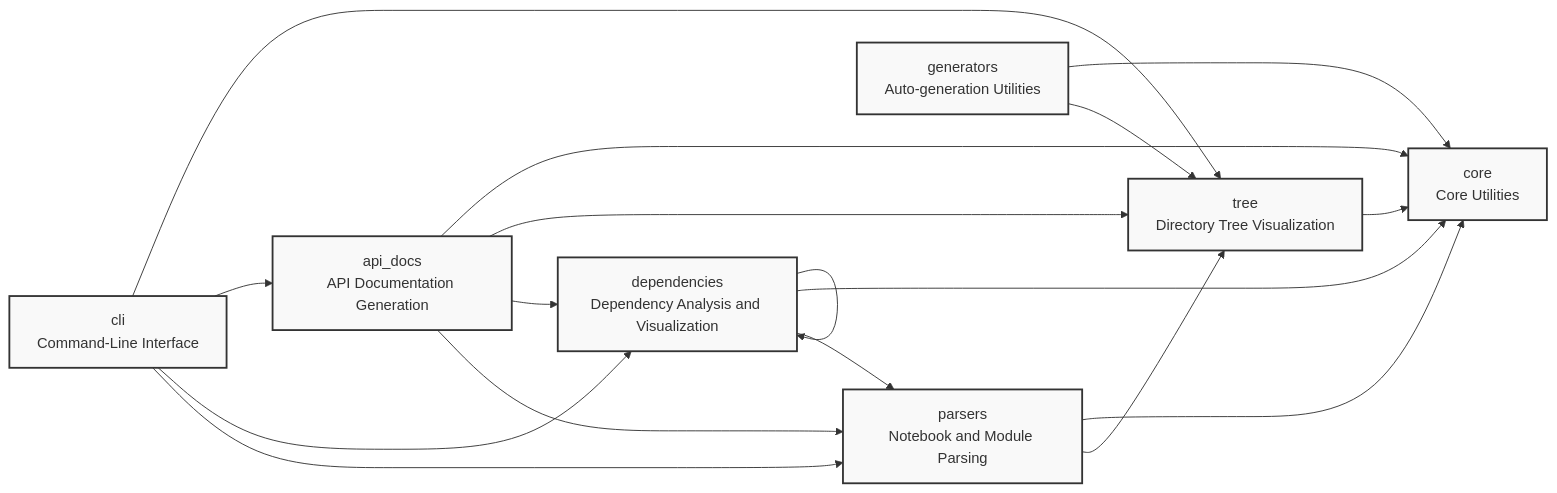
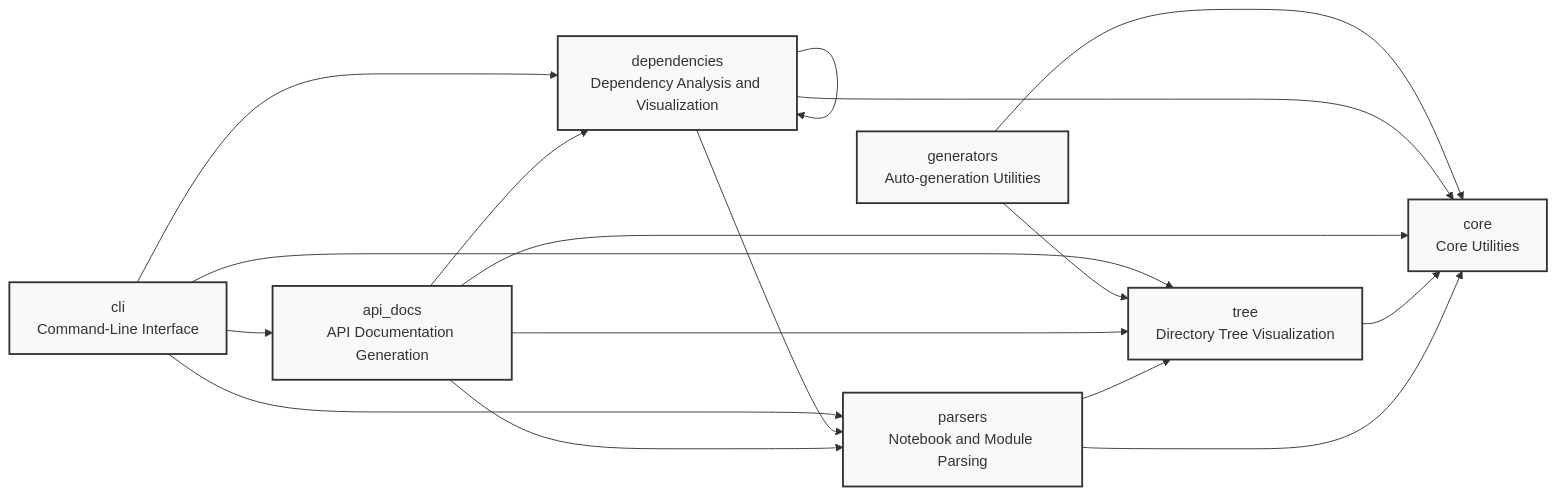
Before and after one commit to cj-mills/cjm-nbdev-overview: the diagram in README.md, drawn with Mermaid. The commit also changed other lines of this file and 5 other files, not shown here.

Commit message:
Fix nested module dependency parsing in Mermaid diagrams.

````diff
--- a/README.md
+++ b/README.md
@@ -44,29 +44,29 @@
 ``` mermaid
 graph LR
     core[core<br/>Core Utilities]
     parsers[parsers<br/>Notebook and Module Parsing]
     tree[tree<br/>Directory Tree Visualization]
     api_docs[api_docs<br/>API Documentation Generation]
     dependencies[dependencies<br/>Dependency Analysis and Visualization]
     generators[generators<br/>Auto-generation Utilities]
     cli[cli<br/>Command-Line Interface]
 
+    parsers --> tree
     parsers --> core
-    parsers --> tree
     tree --> core
+    api_docs --> tree
+    api_docs --> parsers
+    api_docs --> dependencies
     api_docs --> core
-    api_docs --> tree
-    api_docs --> dependencies
-    api_docs --> parsers
+    dependencies --> parsers
+    dependencies --> dependencies
     dependencies --> core
-    dependencies --> dependencies
-    dependencies --> parsers
+    generators --> tree
     generators --> core
-    generators --> tree
+    cli --> api_docs
     cli --> tree
-    cli --> api_docs
     cli --> dependencies
     cli --> parsers
 
     classDef default fill:#f9f9f9,stroke:#333,stroke-width:2px
 ```
````
